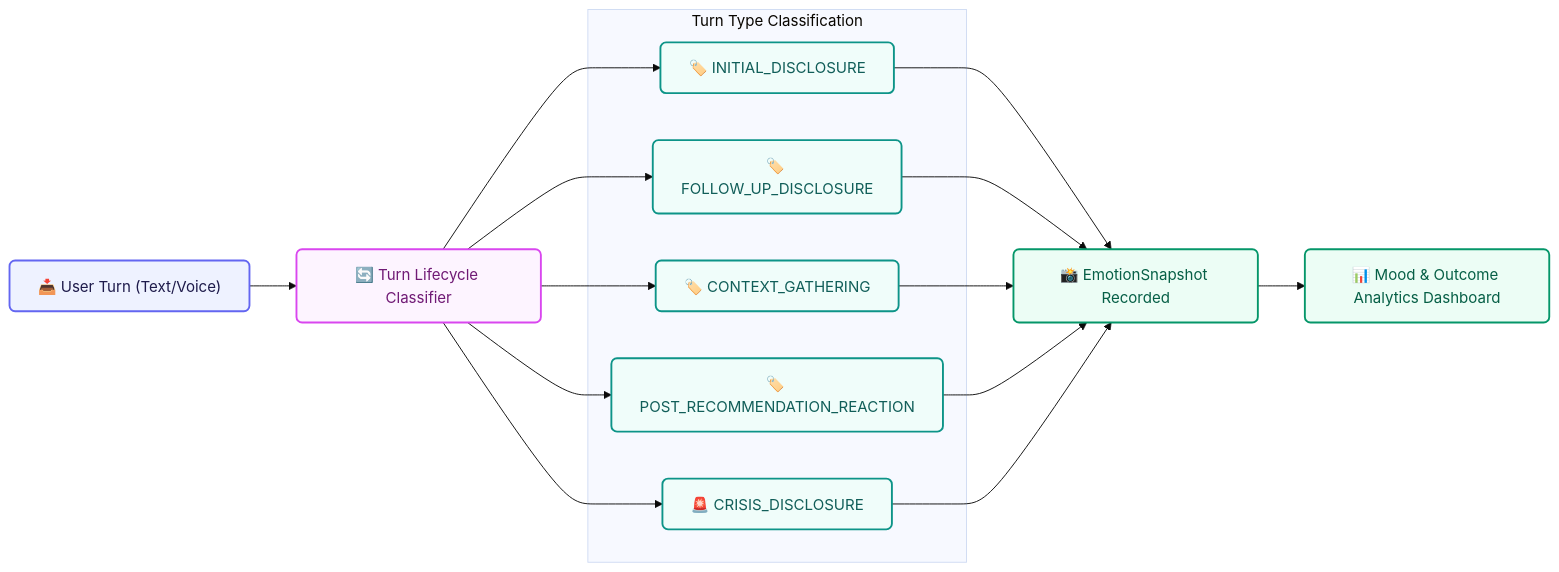
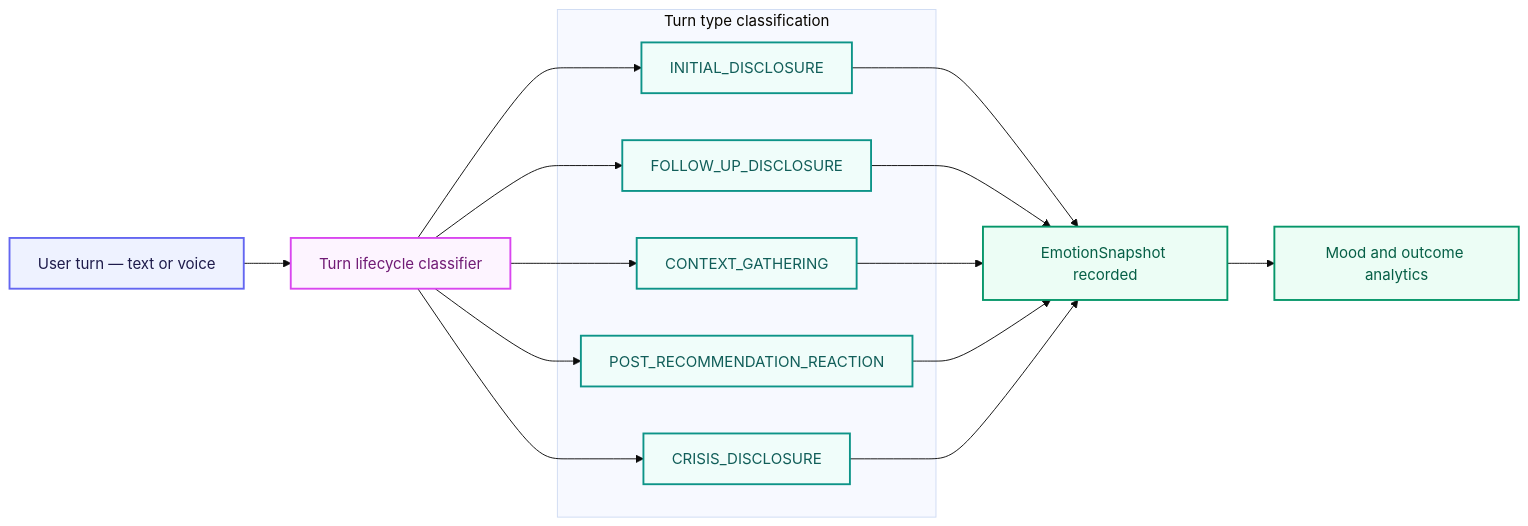
One commit to taha-mehmood-03/Personlaized-Trainer-Using-Agentic-AI changed the ninth of 18 diagrams in README.md. Above: the diagram before and after it, drawn with Mermaid (base theme). The commit also changed other lines of this file and 36 other files, not shown here.

````diff
--- a/README.md
+++ b/README.md
@@ -888,37 +763,25 @@
 ```mermaid
 flowchart LR
-    %% Class Definitions
-    classDef input fill:#EEF2FF,stroke:#6366F1,stroke-width:2px,color:#1E1B4B,rx:6px,ry:6px;
-    classDef node fill:#FDF4FF,stroke:#D946EF,stroke-width:2px,color:#701A75,rx:6px,ry:6px;
-    classDef type fill:#F0FDFA,stroke:#0D9488,stroke-width:2px,color:#115E59,rx:6px,ry:6px;
-    classDef output fill:#ECFDF5,stroke:#059669,stroke-width:2px,color:#065F46,rx:6px,ry:6px;
+    classDef input fill:#EEF2FF,stroke:#6366F1,stroke-width:2px,color:#1E1B4B
+    classDef node fill:#FDF4FF,stroke:#D946EF,stroke-width:2px,color:#701A75
+    classDef type fill:#F0FDFA,stroke:#0D9488,stroke-width:2px,color:#115E59
+    classDef output fill:#ECFDF5,stroke:#059669,stroke-width:2px,color:#065F46
 
-    UserTurn["📥 User Turn (Text/Voice)"]:::input
-    Lifecycle["🔄 Turn Lifecycle Classifier"]:::node
-    
-    subgraph TurnTypes["Turn Type Classification"]
-        Initial["🏷️ INITIAL_DISCLOSURE"]:::type
-        FollowUp["🏷️ FOLLOW_UP_DISCLOSURE"]:::type
-        Context["🏷️ CONTEXT_GATHERING"]:::type
-        Reaction["🏷️ POST_RECOMMENDATION_REACTION"]:::type
-        CrisisTurn["🚨 CRISIS_DISCLOSURE"]:::type
+    UserTurn["User turn — text or voice"]:::input
+    Lifecycle["Turn lifecycle classifier"]:::node
+
+    subgraph TurnTypes["Turn type classification"]
+        Initial["INITIAL_DISCLOSURE"]:::type
+        FollowUp["FOLLOW_UP_DISCLOSURE"]:::type
+        Context["CONTEXT_GATHERING"]:::type
+        Reaction["POST_RECOMMENDATION_REACTION"]:::type
+        CrisisTurn["CRISIS_DISCLOSURE"]:::type
     end
-    
-    Snapshot["📸 EmotionSnapshot Recorded"]:::output
-    Dashboard["📊 Mood & Outcome Analytics Dashboard"]:::output
+
+    Snapshot["EmotionSnapshot recorded"]:::output
+    Dashboard["Mood and outcome analytics"]:::output
 
     UserTurn --> Lifecycle
-    Lifecycle --> Initial
-    Lifecycle --> FollowUp
-    Lifecycle --> Context
-    Lifecycle --> Reaction
-    Lifecycle --> CrisisTurn
-    
-    Initial --> Snapshot
-    FollowUp --> Snapshot
-    Context --> Snapshot
-    Reaction --> Snapshot
-    CrisisTurn --> Snapshot
-    
-    Snapshot --> Dashboard
+    Lifecycle --> Initial & FollowUp & Context & Reaction & CrisisTurn
+    Initial & FollowUp & Context & Reaction & CrisisTurn --> Snapshot --> Dashboard
 ```
````
